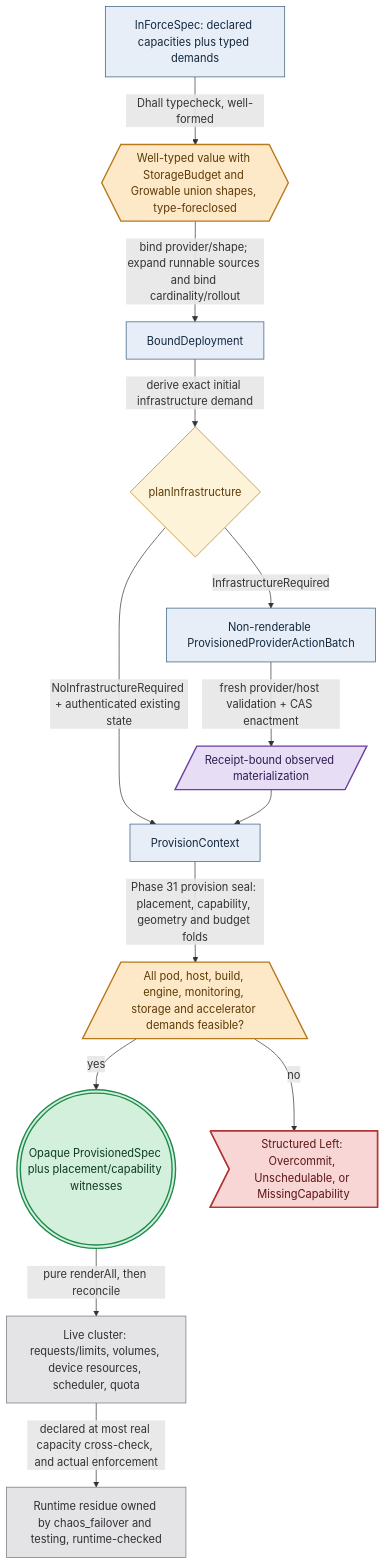
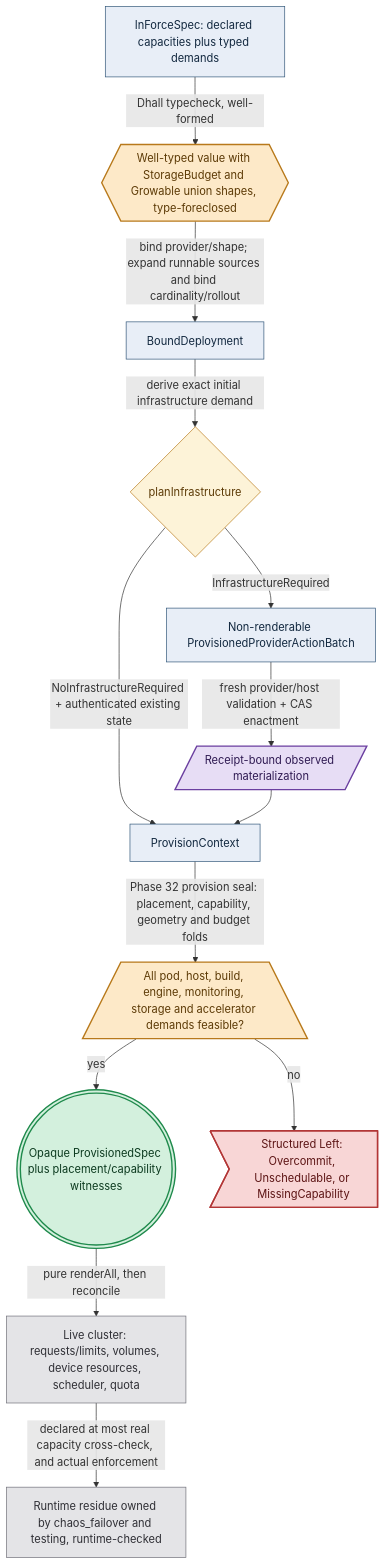
One commit to Tuee22/amoebius changed the diagram in documents/engineering/resource_capacity_doctrine.md. Above: the diagram before and after it, drawn with Mermaid. The commit also changed other lines of this file and 581 other files, not shown here.

````diff
--- a/documents/engineering/resource_capacity_doctrine.md
+++ b/documents/engineering/resource_capacity_doctrine.md
@@ -180,23 +180,23 @@
 ```mermaid
 flowchart TD
 %% register: algebra
   spec["InForceSpec: declared capacities plus typed demands"]:::intent -->|Dhall typecheck, well-formed| typed{{"Well-typed value with StorageBudget and Growable union shapes, type-foreclosed"}}:::gate
   typed -->|bind provider/shape; expand runnable sources and bind cardinality/rollout| bound["BoundDeployment"]:::intent
   bound -->|derive exact initial infrastructure demand| infra{"planInfrastructure"}:::decision
   infra -->|NoInfrastructureRequired + authenticated existing state| context["ProvisionContext"]:::intent
   infra -->|InfrastructureRequired| batch["Non-renderable ProvisionedProviderActionBatch"]:::intent
   batch -->|fresh provider/host validation + CAS enactment| receipt[/"Receipt-bound observed materialization"/]:::effect
   receipt --> context
-  context -->|Phase 31 provision seal: placement, capability, geometry and budget folds| fold[/"All pod, host, build, engine, monitoring, storage and accelerator demands feasible?"\]:::gate
+  context -->|Phase 32 provision seal: placement, capability, geometry and budget folds| fold[/"All pod, host, build, engine, monitoring, storage and accelerator demands feasible?"\]:::gate
   fold -->|yes| ir((("Opaque ProvisionedSpec plus placement/capability witnesses"))):::seal
   fold -->|no| reject>"Structured Left: Overcommit, Unschedulable, or MissingCapability"]:::refuse
   ir -->|pure renderAll, then reconcile| runtime["Live cluster: requests/limits, volumes, device resources, scheduler, quota"]:::runtime
   runtime -->|declared at most real capacity cross-check, and actual enforcement| runtime-checked["Runtime residue owned by chaos_failover and testing, runtime-checked"]:::runtime
   classDef intent   fill:#e8eef7,stroke:#33587a,color:#12283f,stroke-width:1px
   classDef gate     fill:#fde9c8,stroke:#b8791b,color:#5c3a06,stroke-width:2px
   classDef decision fill:#fdf3d8,stroke:#b8791b,color:#5c3a06,stroke-width:1px
   classDef effect   fill:#e7ddf5,stroke:#6b3fa0,color:#2f1a52,stroke-width:2px
   classDef seal     fill:#d3f0dd,stroke:#1f8a4c,color:#0c3a1f,stroke-width:2px
   classDef refuse   fill:#f8d6d6,stroke:#b23636,color:#5c1414,stroke-width:2px
   classDef runtime  fill:#e4e4e7,stroke:#71717a,color:#2f2f35,stroke-width:1px
 ```
````
